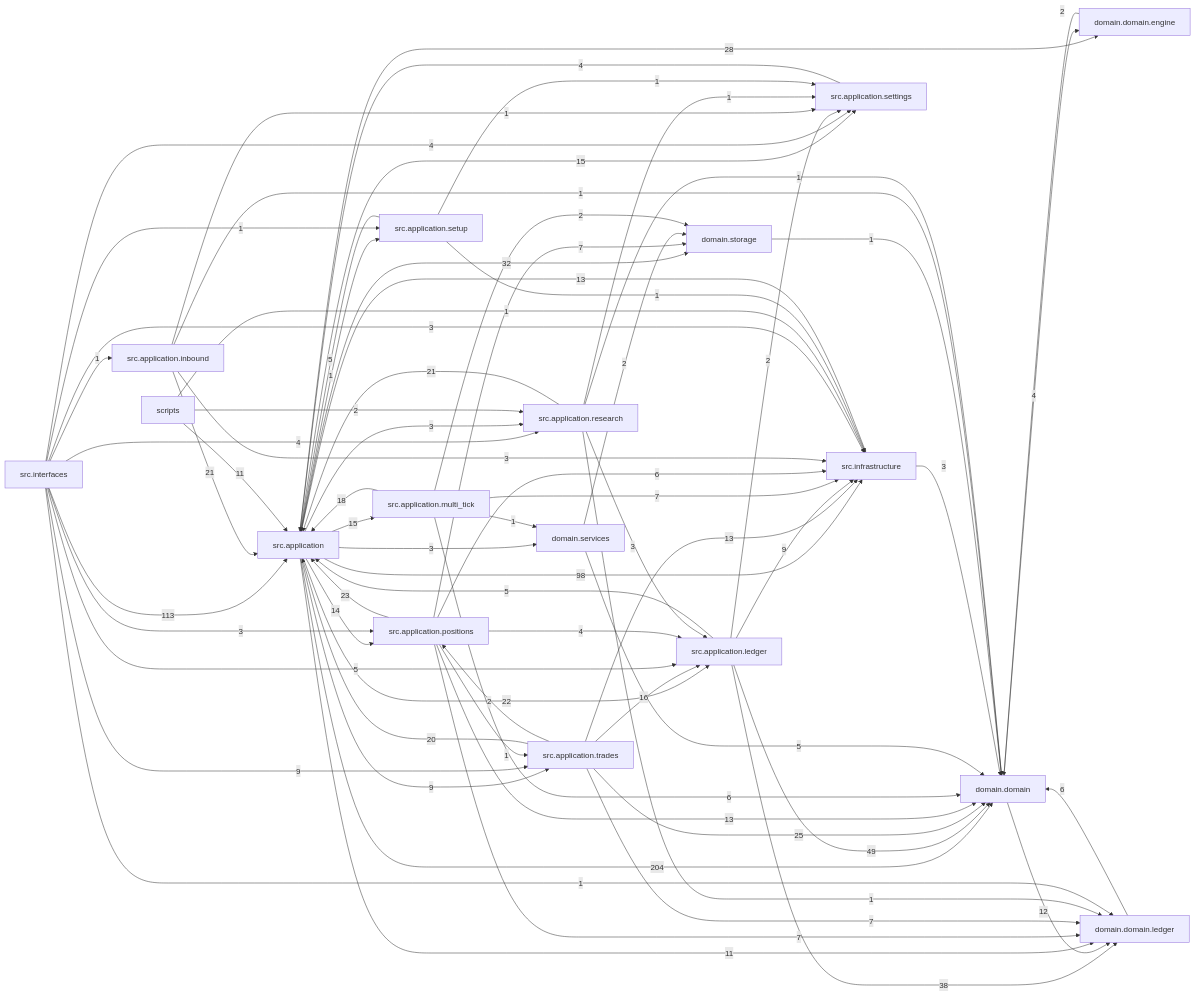
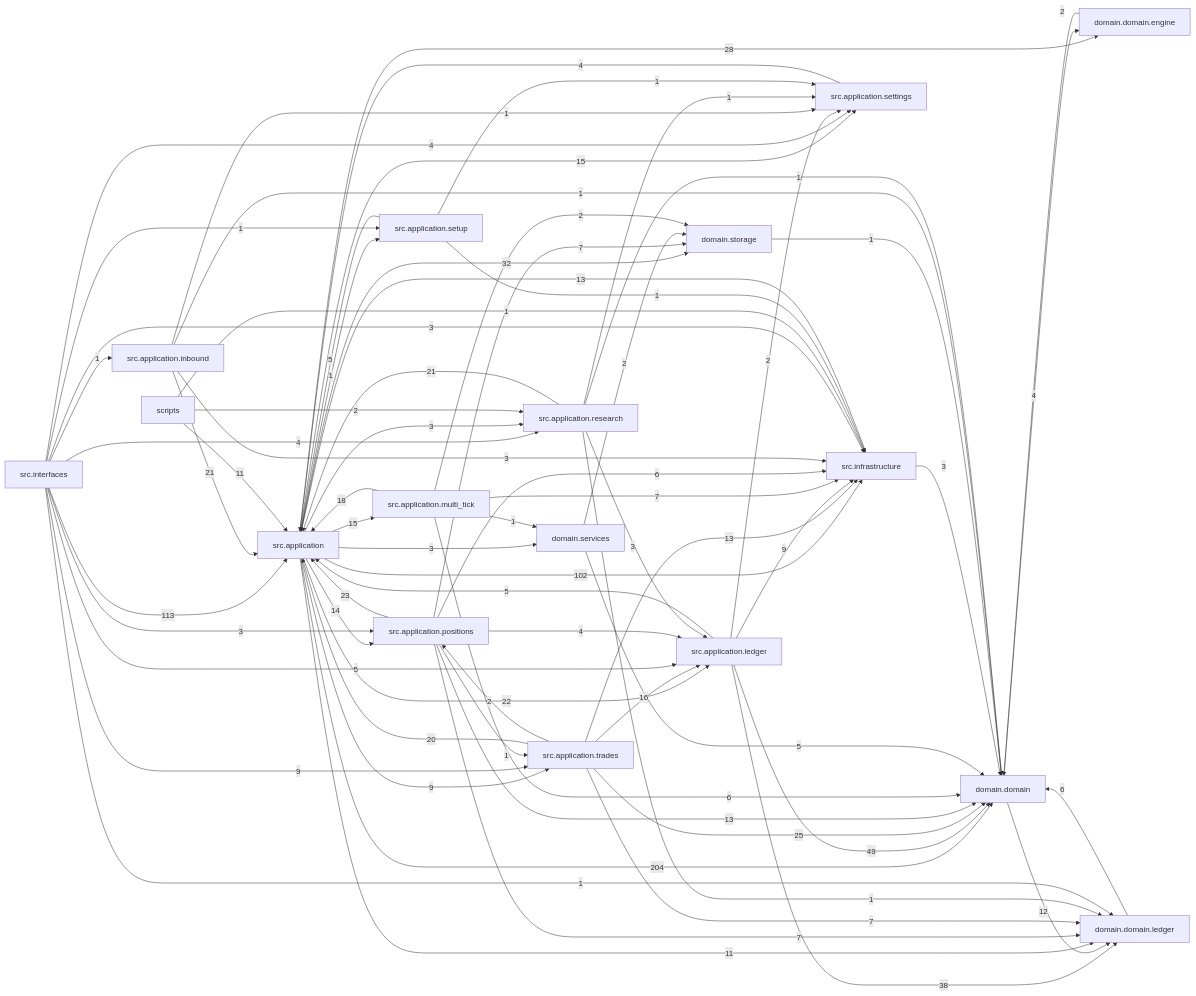
Before and after one commit to liuxie066/options-monitor: the diagram in docs/dependency_graph.mmd, drawn with Mermaid. The commit also changed 5 other files, not shown here.

```diff
--- a/docs/dependency_graph.mmd
+++ b/docs/dependency_graph.mmd
@@ -1,72 +1,72 @@
 flowchart LR
   src_application["src.application"] -->|204| domain_domain["domain.domain"]
   src_interfaces["src.interfaces"] -->|113| src_application["src.application"]
-  src_application["src.application"] -->|98| src_infrastructure["src.infrastructure"]
+  src_application["src.application"] -->|102| src_infrastructure["src.infrastructure"]
   src_application_ledger["src.application.ledger"] -->|49| domain_domain["domain.domain"]
   src_application_ledger["src.application.ledger"] -->|38| domain_domain_ledger["domain.domain.ledger"]
   src_application["src.application"] -->|32| domain_storage["domain.storage"]
   src_application["src.application"] -->|28| domain_domain_engine["domain.domain.engine"]
   src_application_trades["src.application.trades"] -->|25| domain_domain["domain.domain"]
   src_application_positions["src.application.positions"] -->|23| src_application["src.application"]
   src_application["src.application"] -->|22| src_application_ledger["src.application.ledger"]
   src_application_inbound["src.application.inbound"] -->|21| src_application["src.application"]
   src_application_research["src.application.research"] -->|21| src_application["src.application"]
   src_application_trades["src.application.trades"] -->|20| src_application["src.application"]
   src_application_multi_tick["src.application.multi_tick"] -->|18| src_application["src.application"]
   src_application_trades["src.application.trades"] -->|16| src_application_ledger["src.application.ledger"]
   src_application["src.application"] -->|15| src_application_multi_tick["src.application.multi_tick"]
   src_application["src.application"] -->|15| src_application_settings["src.application.settings"]
   src_application["src.application"] -->|14| src_application_positions["src.application.positions"]
   src_application_positions["src.application.positions"] -->|13| domain_domain["domain.domain"]
   src_application_trades["src.application.trades"] -->|13| src_infrastructure["src.infrastructure"]
   src_infrastructure["src.infrastructure"] -->|13| src_application["src.application"]
   domain_domain["domain.domain"] -->|12| domain_domain_ledger["domain.domain.ledger"]
   scripts["scripts"] -->|11| src_application["src.application"]
   src_application["src.application"] -->|11| domain_domain_ledger["domain.domain.ledger"]
   src_application["src.application"] -->|9| src_application_trades["src.application.trades"]
   src_application_ledger["src.application.ledger"] -->|9| src_infrastructure["src.infrastructure"]
   src_interfaces["src.interfaces"] -->|9| src_application_trades["src.application.trades"]
   src_application_multi_tick["src.application.multi_tick"] -->|7| src_infrastructure["src.infrastructure"]
   src_application_positions["src.application.positions"] -->|7| domain_domain_ledger["domain.domain.ledger"]
   src_application_positions["src.application.positions"] -->|7| domain_storage["domain.storage"]
   src_application_trades["src.application.trades"] -->|7| domain_domain_ledger["domain.domain.ledger"]
   domain_domain_ledger["domain.domain.ledger"] -->|6| domain_domain["domain.domain"]
   src_application_multi_tick["src.application.multi_tick"] -->|6| domain_domain["domain.domain"]
   src_application_positions["src.application.positions"] -->|6| src_infrastructure["src.infrastructure"]
   domain_services["domain.services"] -->|5| domain_domain["domain.domain"]
   src_application_ledger["src.application.ledger"] -->|5| src_application["src.application"]
   src_application_setup["src.application.setup"] -->|5| src_application["src.application"]
   src_interfaces["src.interfaces"] -->|5| src_application_ledger["src.application.ledger"]
   domain_domain["domain.domain"] -->|4| domain_domain_engine["domain.domain.engine"]
   src_application_positions["src.application.positions"] -->|4| src_application_ledger["src.application.ledger"]
   src_application_settings["src.application.settings"] -->|4| src_application["src.application"]
   src_interfaces["src.interfaces"] -->|4| src_application_research["src.application.research"]
   src_interfaces["src.interfaces"] -->|4| src_application_settings["src.application.settings"]
   src_application["src.application"] -->|3| domain_services["domain.services"]
   src_application["src.application"] -->|3| src_application_research["src.application.research"]
   src_application_inbound["src.application.inbound"] -->|3| src_infrastructure["src.infrastructure"]
   src_application_research["src.application.research"] -->|3| src_application_ledger["src.application.ledger"]
   src_infrastructure["src.infrastructure"] -->|3| domain_domain["domain.domain"]
   src_interfaces["src.interfaces"] -->|3| src_application_positions["src.application.positions"]
   src_interfaces["src.interfaces"] -->|3| src_infrastructure["src.infrastructure"]
   domain_domain_engine["domain.domain.engine"] -->|2| domain_domain["domain.domain"]
   domain_services["domain.services"] -->|2| domain_storage["domain.storage"]
   scripts["scripts"] -->|2| src_application_research["src.application.research"]
   src_application_ledger["src.application.ledger"] -->|2| src_application_settings["src.application.settings"]
   src_application_multi_tick["src.application.multi_tick"] -->|2| domain_storage["domain.storage"]
   src_application_trades["src.application.trades"] -->|2| src_application_positions["src.application.positions"]
   domain_storage["domain.storage"] -->|1| domain_domain["domain.domain"]
   scripts["scripts"] -->|1| src_infrastructure["src.infrastructure"]
   src_application["src.application"] -->|1| src_application_setup["src.application.setup"]
   src_application_inbound["src.application.inbound"] -->|1| domain_domain["domain.domain"]
   src_application_inbound["src.application.inbound"] -->|1| src_application_settings["src.application.settings"]
   src_application_multi_tick["src.application.multi_tick"] -->|1| domain_services["domain.services"]
   src_application_positions["src.application.positions"] -->|1| src_application_trades["src.application.trades"]
   src_application_research["src.application.research"] -->|1| domain_domain["domain.domain"]
   src_application_research["src.application.research"] -->|1| domain_domain_ledger["domain.domain.ledger"]
   src_application_research["src.application.research"] -->|1| src_application_settings["src.application.settings"]
   src_application_setup["src.application.setup"] -->|1| src_application_settings["src.application.settings"]
   src_application_setup["src.application.setup"] -->|1| src_infrastructure["src.infrastructure"]
   src_interfaces["src.interfaces"] -->|1| domain_domain_ledger["domain.domain.ledger"]
   src_interfaces["src.interfaces"] -->|1| src_application_inbound["src.application.inbound"]
   src_interfaces["src.interfaces"] -->|1| src_application_setup["src.application.setup"]
```
